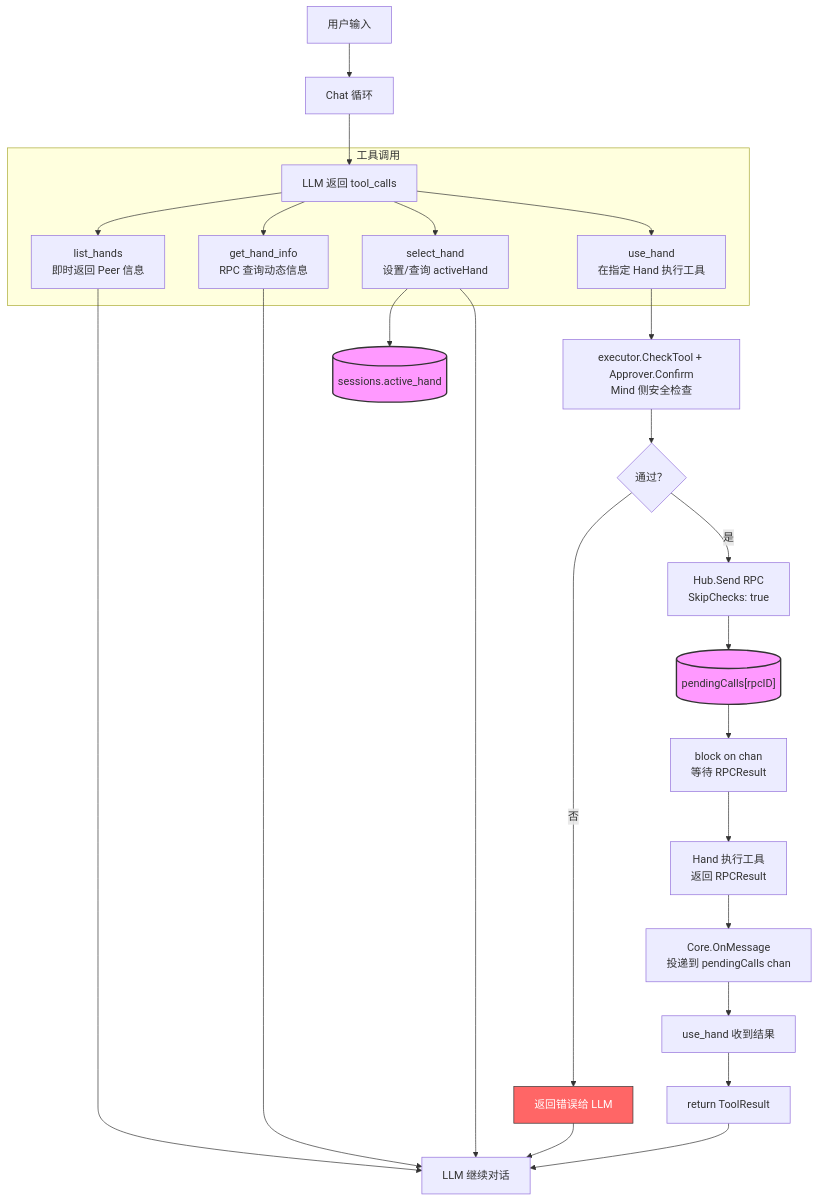
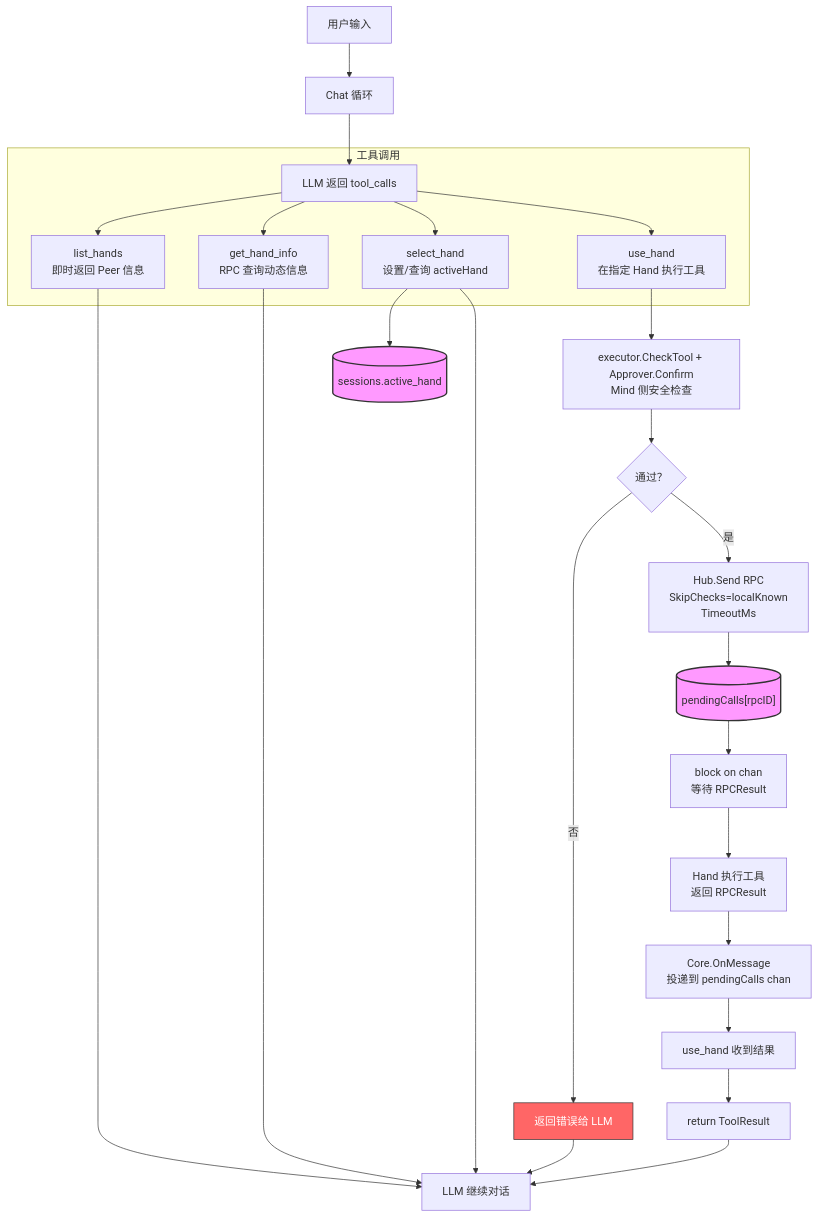
One commit to Sheyiyuan/half-pi changed the diagram in docs/remote-execution.md. Above: the diagram before and after it, drawn with Mermaid. The commit also changed other lines of this file and 31 other files, not shown here.

````diff
--- a/docs/remote-execution.md
+++ b/docs/remote-execution.md
@@ -565,42 +577,42 @@
 ```mermaid
 flowchart TD
     %% 主流程
     A[用户输入] --> B[Chat 循环]
     B --> C[LLM 返回 tool_calls]
 
     %% 工具调用分支（使用子图分组）
     subgraph ToolCalls [工具调用]
         C --> D[list_hands<br/>即时返回 Peer 信息]
         C --> E[get_hand_info<br/>RPC 查询动态信息]
         C --> F[select_hand<br/>设置/查询 activeHand]
         C --> G[use_hand<br/>在指定 Hand 执行工具]
     end
 
     %% select_hand 分支
     F --> H[("sessions.active_hand")]
 
     %% use_hand 分支（详细流程）
     G --> I[executor.CheckTool + Approver.Confirm<br/>Mind 侧安全检查]
     I --> J{通过？}
     J -- 否 --> K[返回错误给 LLM]
-    J -- 是 --> L[Hub.Send RPC<br/>SkipChecks: true]
+    J -- 是 --> L[Hub.Send RPC<br/>SkipChecks=localKnown<br/>TimeoutMs]
     L --> M[("pendingCalls[rpcID]")]
     M --> N[block on chan<br/>等待 RPCResult]
     N --> O[Hand 执行工具<br/>返回 RPCResult]
     O --> P[Core.OnMessage<br/>投递到 pendingCalls chan]
     P --> Q[use_hand 收到结果]
     Q --> R[return ToolResult]
 
     %% 所有工具分支汇合
     D --> S[LLM 继续对话]
     E --> S
     F --> S
     R --> S
     K --> S
 
     %% 样式定义
     classDef storage fill:#f9f,stroke:#333,stroke-width:2px,shape:database
     class H,M storage
     classDef error fill:#f66,stroke:#333,color:#fff
     class K error
 ```
````
